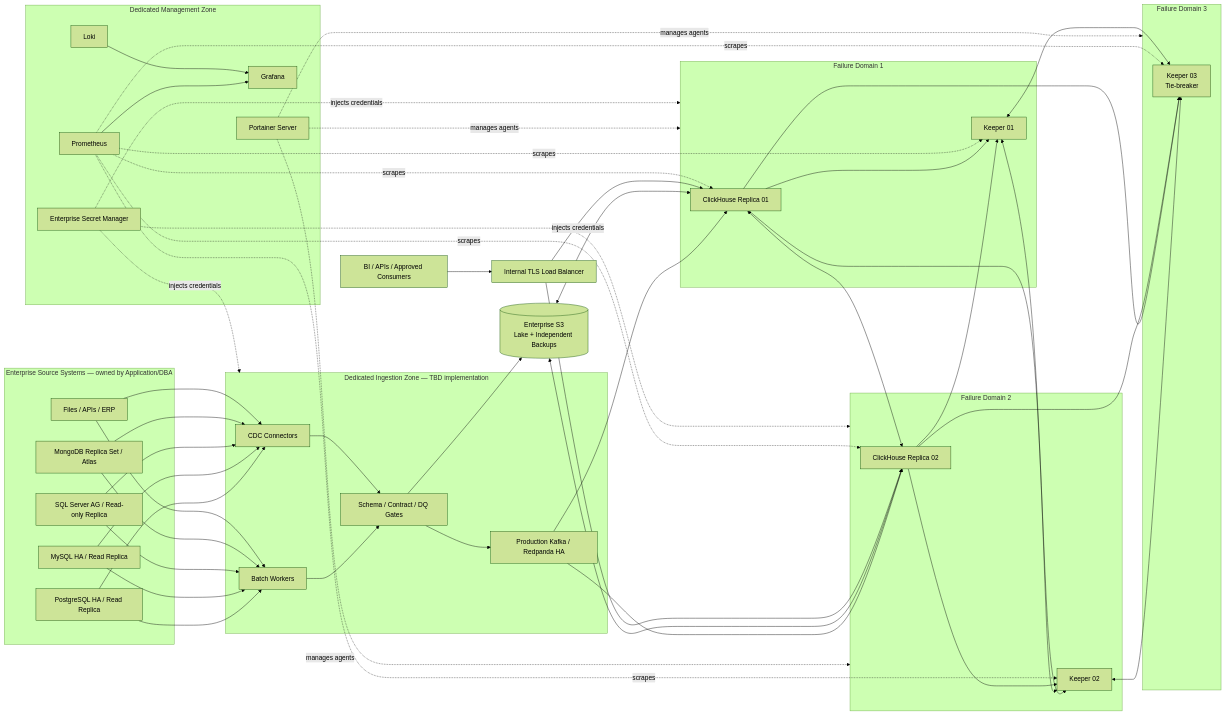
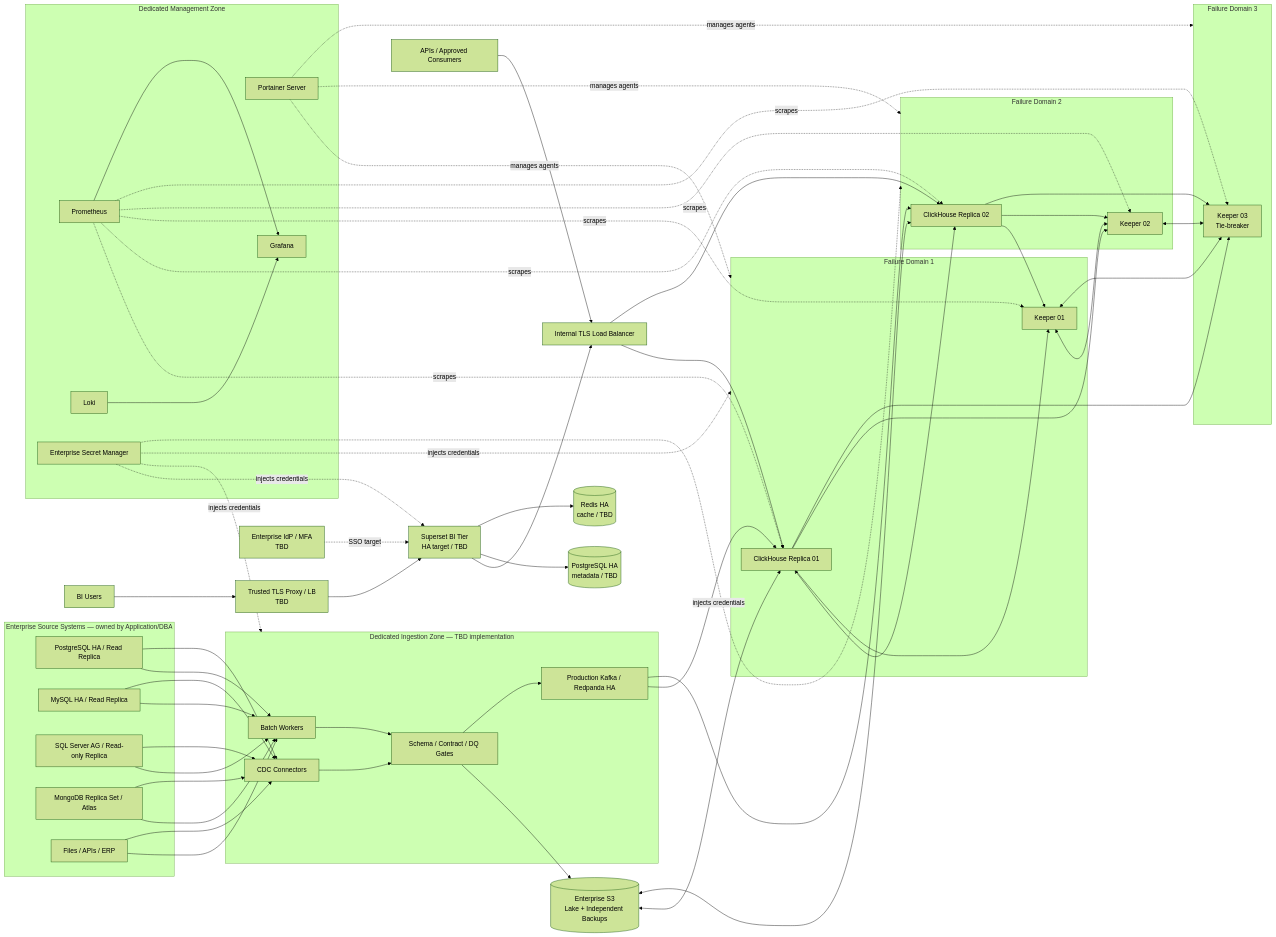
One commit to kingpac-dev/Enterprise-Data-Lakehouse-Platform changed the first of 2 diagrams in docs/architecture/PROD_ARCHITECTURE.md. Above: the diagram before and after it, drawn with Mermaid (forest theme). The commit also changed other lines of this file and 46 other files, not shown here.

````diff
--- a/docs/architecture/PROD_ARCHITECTURE.md
+++ b/docs/architecture/PROD_ARCHITECTURE.md
@@ -20,61 +24,70 @@
 ```mermaid
 flowchart LR
     subgraph sources[Enterprise Source Systems — owned by Application/DBA]
       pg[PostgreSQL HA / Read Replica]
       my[MySQL HA / Read Replica]
       ms[SQL Server AG / Read-only Replica]
       mo[MongoDB Replica Set / Atlas]
       files[Files / APIs / ERP]
     end
 
     subgraph ingest[Dedicated Ingestion Zone — TBD implementation]
       batch[Batch Workers]
       cdc[CDC Connectors]
       contracts[Schema / Contract / DQ Gates]
       kafka[Production Kafka / Redpanda HA]
     end
 
     s3[(Enterprise S3<br/>Lake + Independent Backups)]
     lb[Internal TLS Load Balancer]
-    clients[BI / APIs / Approved Consumers]
+    clients[BI Users]
+    apis[APIs / Approved Consumers]
+    bi_proxy[Trusted TLS Proxy / LB<br/>TBD]
+    bi[Superset BI Tier<br/>HA target / TBD]
+    bi_meta[(PostgreSQL HA<br/>metadata / TBD)]
+    bi_cache[(Redis HA<br/>cache / TBD)]
+    idp[Enterprise IdP / MFA<br/>TBD]
 
     subgraph fd1[Failure Domain 1]
       k1[Keeper 01]
       ch1[ClickHouse Replica 01]
     end
 
     subgraph fd2[Failure Domain 2]
       k2[Keeper 02]
       ch2[ClickHouse Replica 02]
     end
 
     subgraph fd3[Failure Domain 3]
       k3[Keeper 03<br/>Tie-breaker]
     end
 
     subgraph mgmt[Dedicated Management Zone]
       port[Portainer Server]
       prom[Prometheus]
       graf[Grafana]
       loki[Loki]
       secrets[Enterprise Secret Manager]
     end
 
     pg & my & ms & mo & files --> batch & cdc
     batch & cdc --> contracts
     contracts --> s3
     contracts --> kafka
     kafka --> ch1 & ch2
     s3 <--> ch1 & ch2
     ch1 <--> ch2
     k1 <--> k2
     k2 <--> k3
     k3 <--> k1
     ch1 & ch2 --> k1 & k2 & k3
-    clients --> lb --> ch1 & ch2
+    clients --> bi_proxy --> bi --> lb --> ch1 & ch2
+    apis --> lb
+    bi --> bi_meta & bi_cache
+    idp -. SSO target .-> bi
     port -. manages agents .-> fd1 & fd2 & fd3
     prom -. scrapes .-> ch1 & ch2 & k1 & k2 & k3
     prom --> graf
     loki --> graf
-    secrets -. injects credentials .-> ingest & fd1 & fd2
+    secrets -. injects credentials .-> ingest & fd1 & fd2 & bi
 ```
````
